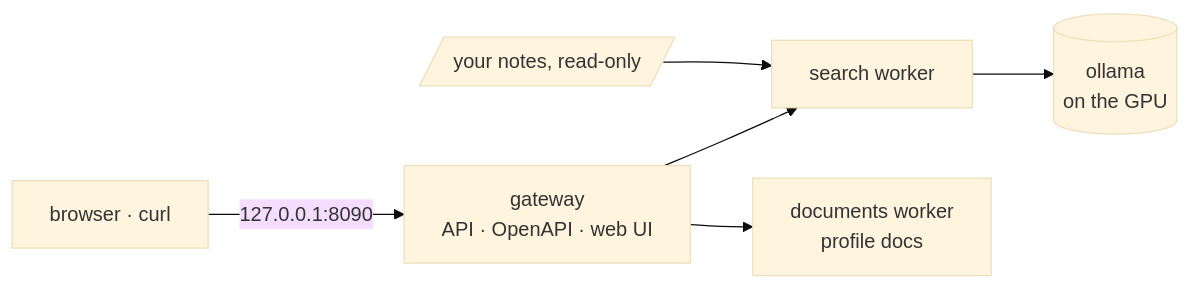
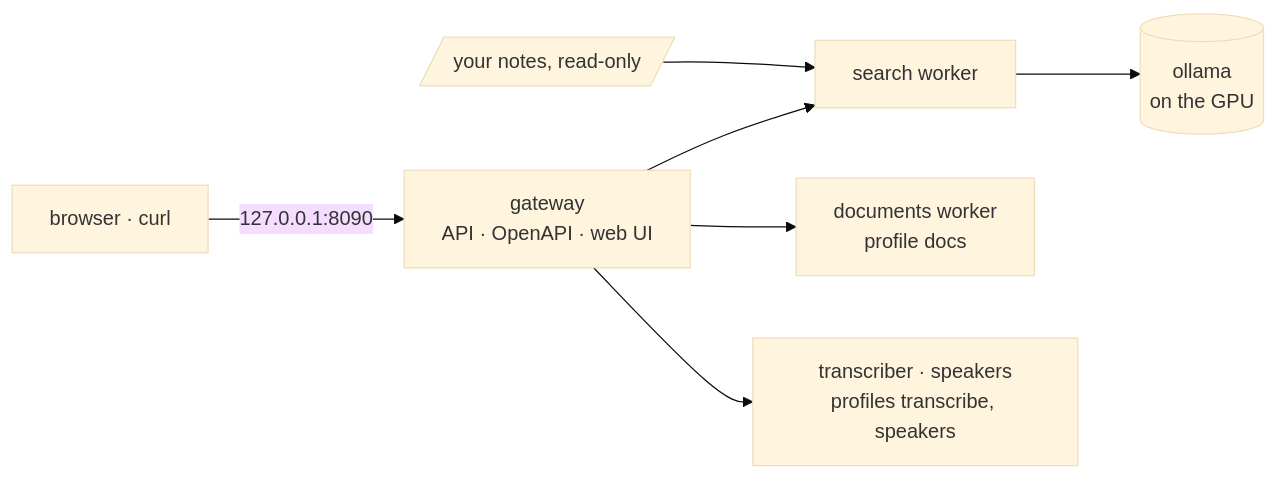
Before and after one commit to manzolo/local-ai-core: the diagram in README.md, drawn with Mermaid (base theme). The commit also changed other lines of this file and 53 other files, not shown here.

````diff
--- a/README.md
+++ b/README.md
@@ -58,8 +61,9 @@
 ```mermaid
 flowchart LR
     U[browser · curl] -->|127.0.0.1:8090| G[gateway<br/>API · OpenAPI · web UI]
     G --> S[search worker]
     G --> D[documents worker<br/>profile docs]
+    G --> T[transcriber · speakers<br/>profiles transcribe, speakers]
     S --> O[(ollama<br/>on the GPU)]
     N[/your notes, read-only/] --> S
 ```
````
